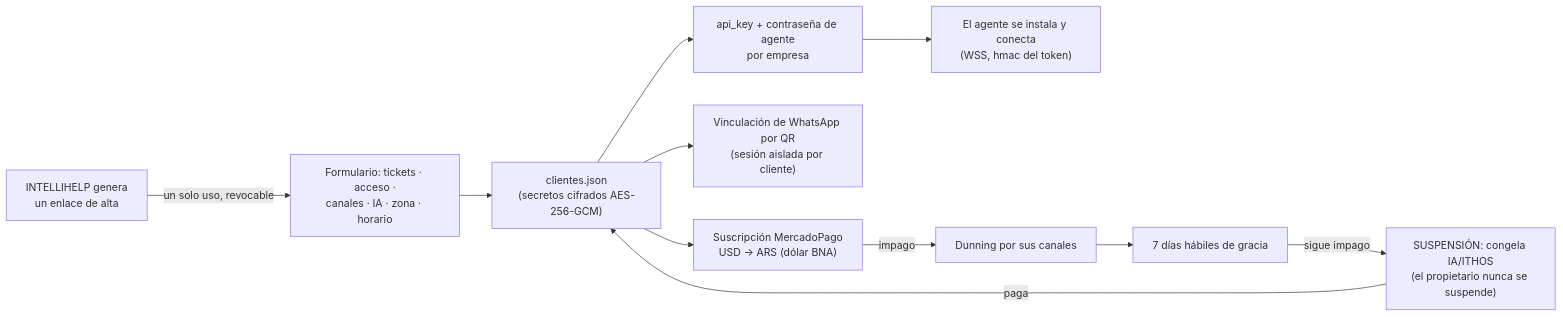
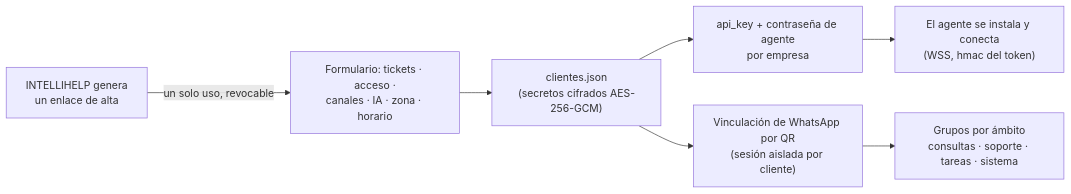
One commit to bsierra4262/ithos changed the fifth of 6 diagrams in DOCUMENTO_MAESTRO.md. Above: the diagram before and after it, drawn with Mermaid. The commit also changed other lines of this file and 3 other files, not shown here.

````diff
--- a/DOCUMENTO_MAESTRO.md
+++ b/DOCUMENTO_MAESTRO.md
@@ -166,12 +165,9 @@
 ```mermaid
 flowchart LR
     A["INTELLIHELP genera<br/>un enlace de alta"] -->|"un solo uso, revocable"| F["Formulario: tickets · acceso ·<br/>canales · IA · zona · horario"]
     F --> CFG["clientes.json<br/>(secretos cifrados AES-256-GCM)"]
     CFG --> K["api_key + contraseña de agente<br/>por empresa"]
     K --> AGN["El agente se instala y conecta<br/>(WSS, hmac del token)"]
     CFG --> QR["Vinculación de WhatsApp por QR<br/>(sesión aislada por cliente)"]
-    CFG --> SUB["Suscripción MercadoPago<br/>USD → ARS (dólar BNA)"]
-    SUB -->|"impago"| DUN["Dunning por sus canales"] --> GR["7 días hábiles de gracia"]
-    GR -->|"sigue impago"| SUS["SUSPENSIÓN: congela IA/ITHOS<br/>(el propietario nunca se suspende)"]
-    SUS -->|"paga"| CFG
+    QR --> GRP["Grupos por ámbito<br/>consultas · soporte · tareas · sistema"]
 ```
````
